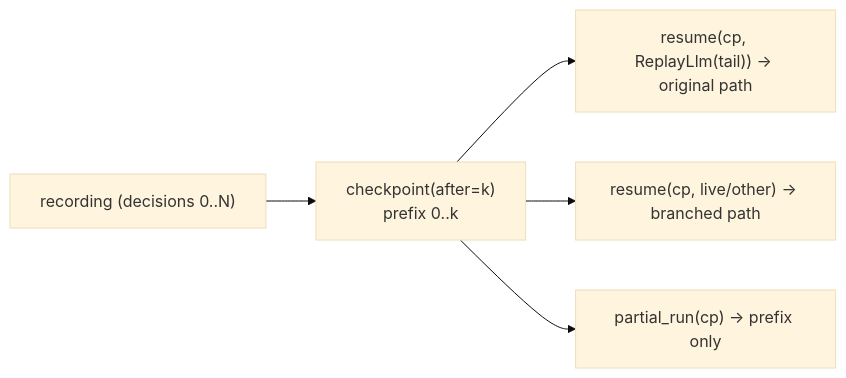
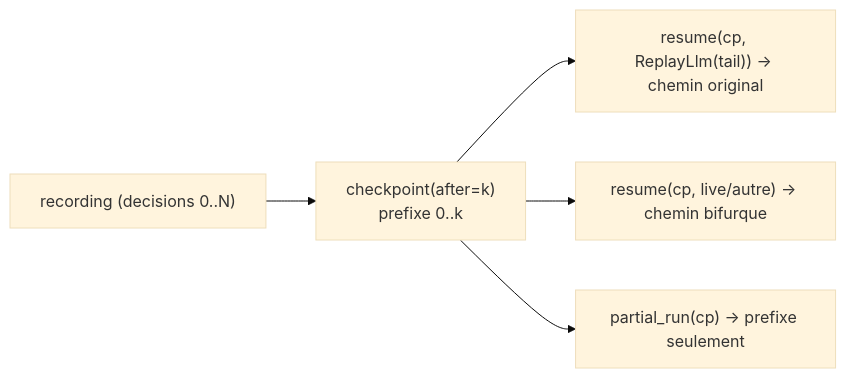
Before and after one commit to mo0ogly/recette_IA_agents: the seventh of 8 diagrams in docs/runbooks/replay-model.md, drawn with Mermaid (base theme). The commit also changed other lines of this file and 25 other files, not shown here.

````diff
--- a/docs/runbooks/replay-model.md
+++ b/docs/runbooks/replay-model.md
@@ -190,7 +193,7 @@
 ```mermaid
 flowchart LR
-  REC["recording (decisions 0..N)"] --> CP["checkpoint(after=k)\nprefix 0..k"]
-  CP --> R1["resume(cp, ReplayLlm(tail)) -> original path"]
-  CP --> R2["resume(cp, live/other) -> branched path"]
-  CP --> PR["partial_run(cp) -> prefix only"]
+  REC["recording (decisions 0..N)"] --> CP["checkpoint(after=k)\nprefixe 0..k"]
+  CP --> R1["resume(cp, ReplayLlm(tail)) -> chemin original"]
+  CP --> R2["resume(cp, live/autre) -> chemin bifurque"]
+  CP --> PR["partial_run(cp) -> prefixe seulement"]
 ```
````
